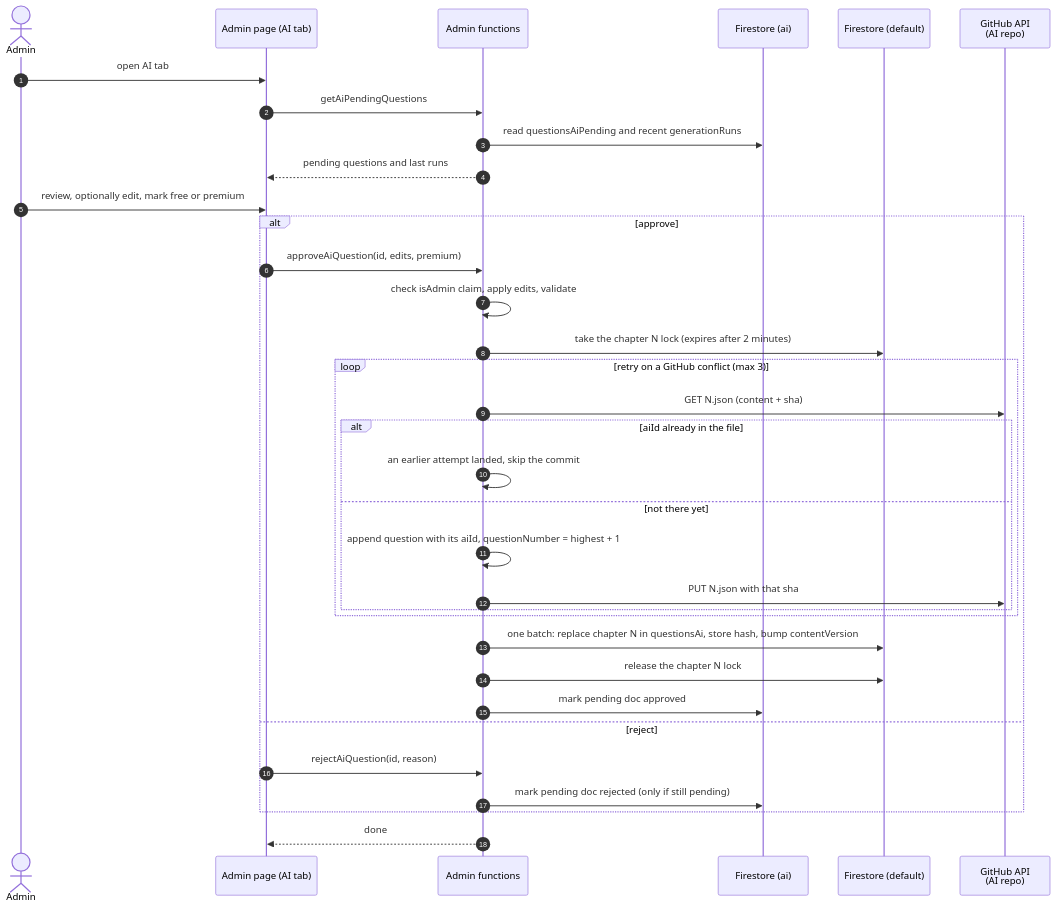
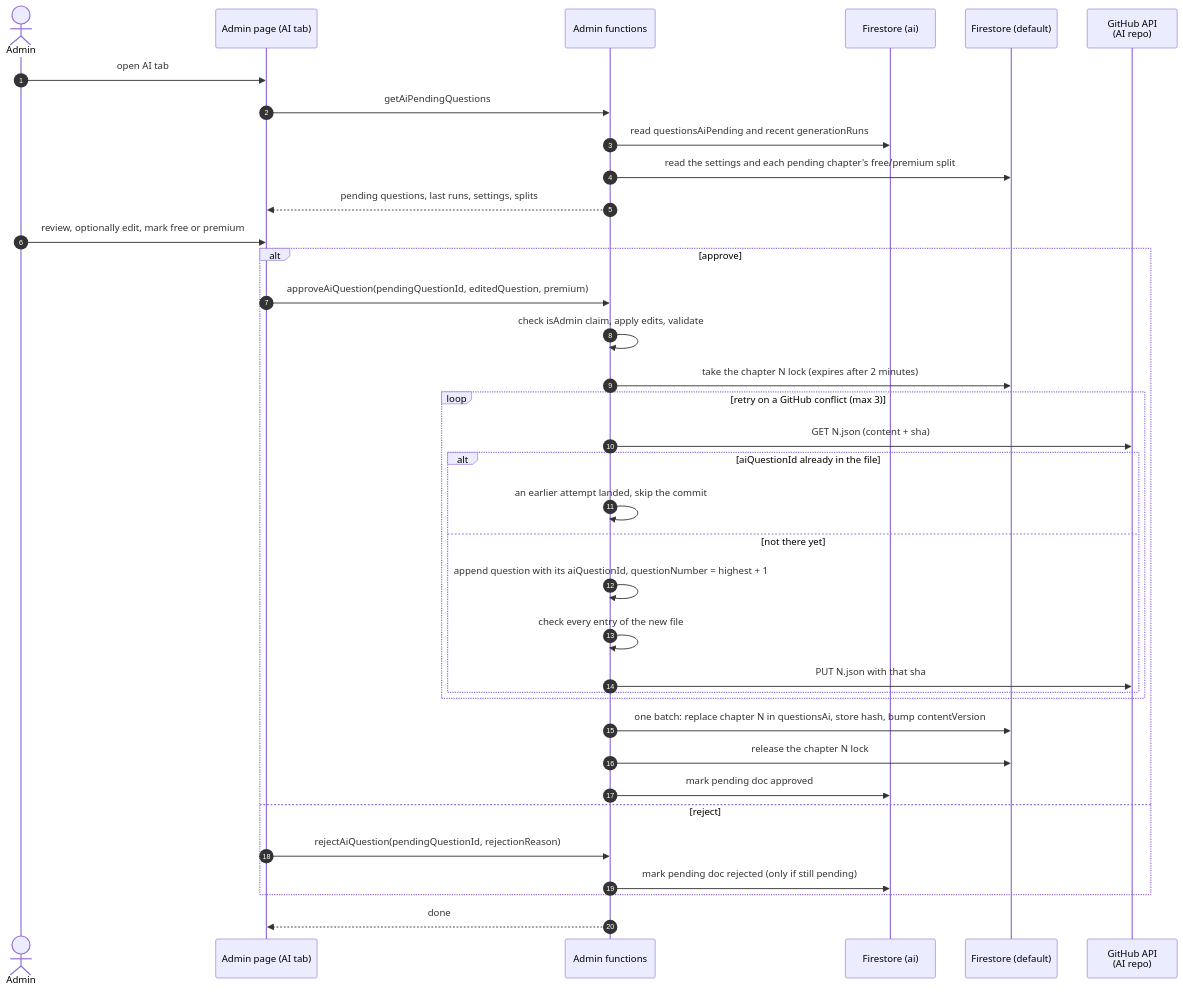
The third of 5 diagrams in docs/ai-question-flow.md (alexmcdermid/real-estate-quest), drawn with Mermaid before and after one commit. The commit also changed other lines of this file, not shown here.

Commit message:
docs: match the AI question flow doc to the implementation

````diff
--- a/docs/ai-question-flow.md
+++ b/docs/ai-question-flow.md
@@ -109,37 +109,39 @@
 ```mermaid
 sequenceDiagram
   autonumber
   actor A as Admin
   participant UI as Admin page (AI tab)
   participant FN as Admin functions
   participant AI as Firestore (ai)
   participant F as Firestore (default)
   participant GH as GitHub API<br/>(AI repo)
 
   A->>UI: open AI tab
   UI->>FN: getAiPendingQuestions
   FN->>AI: read questionsAiPending and recent generationRuns
-  FN-->>UI: pending questions and last runs
+  FN->>F: read the settings and each pending chapter's free/premium split
+  FN-->>UI: pending questions, last runs, settings, splits
   A->>UI: review, optionally edit, mark free or premium
   alt approve
-    UI->>FN: approveAiQuestion(id, edits, premium)
+    UI->>FN: approveAiQuestion(pendingQuestionId, editedQuestion, premium)
     FN->>FN: check isAdmin claim, apply edits, validate
     FN->>F: take the chapter N lock (expires after 2 minutes)
     loop retry on a GitHub conflict (max 3)
       FN->>GH: GET N.json (content + sha)
-      alt aiId already in the file
+      alt aiQuestionId already in the file
         FN->>FN: an earlier attempt landed, skip the commit
       else not there yet
-        FN->>FN: append question with its aiId, questionNumber = highest + 1
+        FN->>FN: append question with its aiQuestionId, questionNumber = highest + 1
+        FN->>FN: check every entry of the new file
         FN->>GH: PUT N.json with that sha
       end
     end
     FN->>F: one batch: replace chapter N in questionsAi, store hash, bump contentVersion
     FN->>F: release the chapter N lock
     FN->>AI: mark pending doc approved
   else reject
-    UI->>FN: rejectAiQuestion(id, reason)
+    UI->>FN: rejectAiQuestion(pendingQuestionId, rejectionReason)
     FN->>AI: mark pending doc rejected (only if still pending)
   end
   FN-->>UI: done
 ```
````
